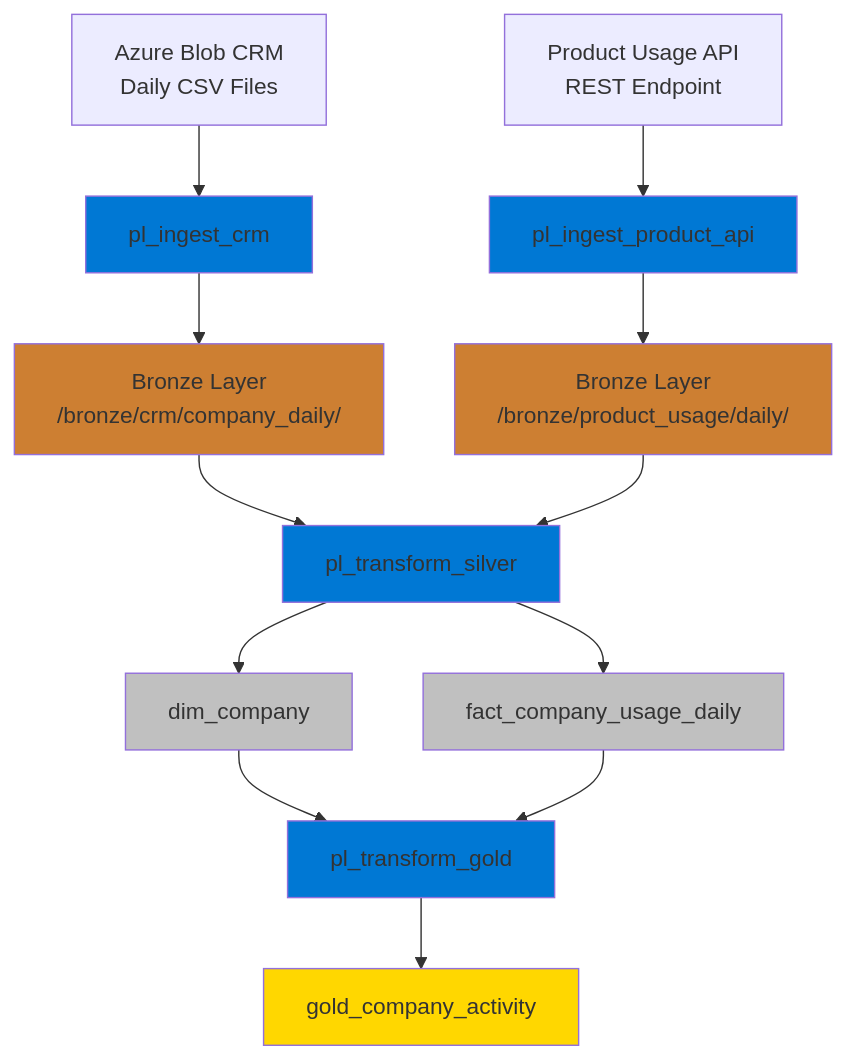
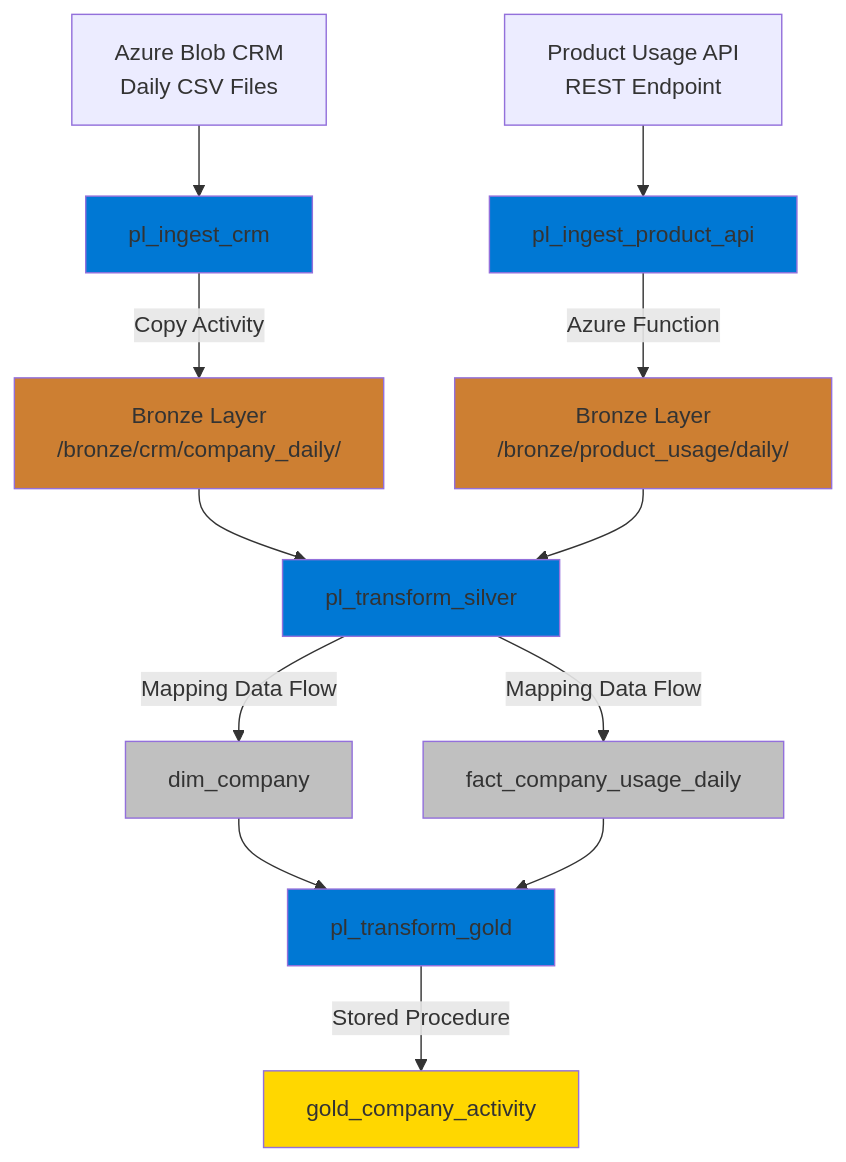
The diagram in docs/adf-architecture.md (thesalmajudah/palm-de), drawn with Mermaid before and after one commit.

````diff
--- a/docs/adf-architecture.md
+++ b/docs/adf-architecture.md
@@ -32,41 +32,41 @@
 ```mermaid
 flowchart TD
     A["Azure Blob CRM<br/>Daily CSV Files"] 
     B["Product Usage API<br/>REST Endpoint"]
     
     C["pl_ingest_crm"]
     D["pl_ingest_product_api"]
     
     E["Bronze Layer<br/>/bronze/crm/company_daily/"]
     F["Bronze Layer<br/>/bronze/product_usage/daily/"]
     
     G["pl_transform_silver"]
     
     H["dim_company"]
     I["fact_company_usage_daily"]
     
     J["pl_transform_gold"]
     K["gold_company_activity"]
     
     A --> C
     B --> D
-    C --> E
-    D --> F
+    C -->|Copy Activity| E
+    D -->|Azure Function| F
     E --> G
     F --> G
-    G --> H
-    G --> I
+    G -->|Mapping Data Flow| H
+    G -->|Mapping Data Flow| I
     H --> J
     I --> J
-    J --> K
+    J -->|Stored Procedure| K
     
     style E fill:#cd7f32
     style F fill:#cd7f32
     style H fill:#C0C0C0
     style I fill:#C0C0C0
     style K fill:#FFD700
     style C fill:#0078D4
     style D fill:#0078D4
     style G fill:#0078D4
     style J fill:#0078D4
 ```
````
